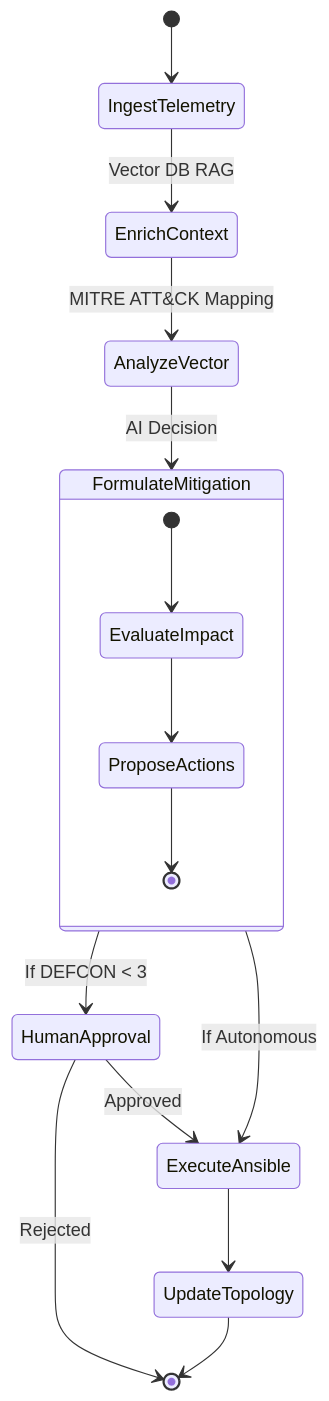
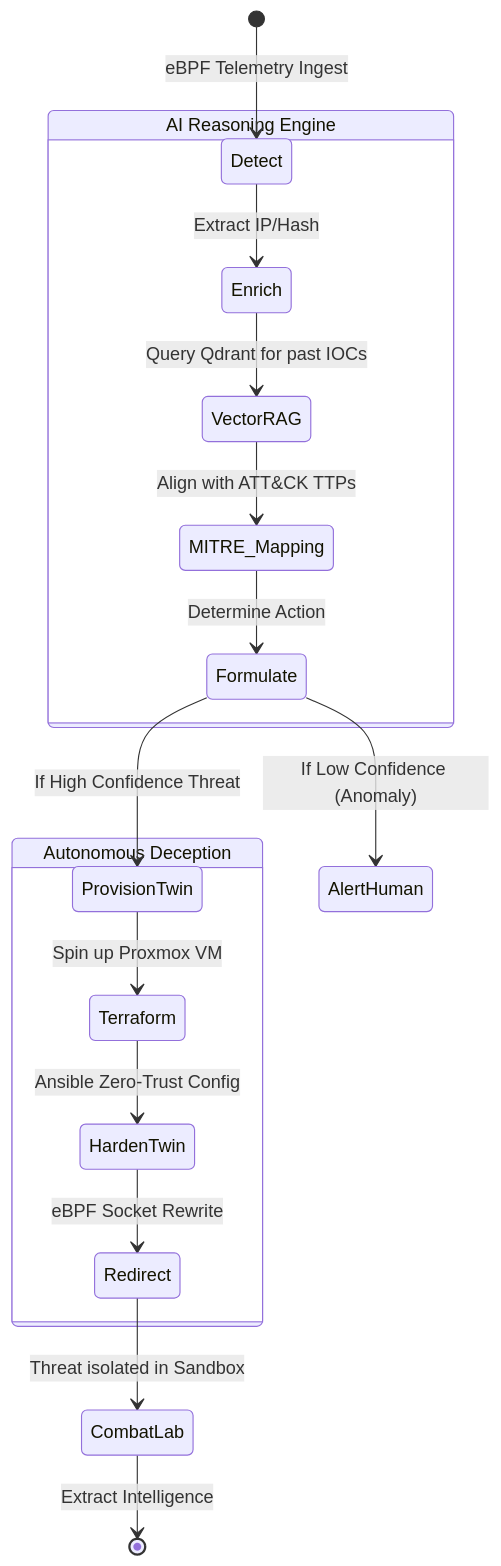
One commit to DEEPESH-845/Aetheris changed the second of 2 diagrams in README.md. Above: the diagram before and after it, drawn with Mermaid. The commit also changed other lines of this file, not shown here.

````diff
--- a/README.md
+++ b/README.md
@@ -149,22 +122,25 @@
 ```mermaid
 stateDiagram-v2
-    [*] --> IngestTelemetry
-    IngestTelemetry --> EnrichContext: Vector DB RAG
-    EnrichContext --> AnalyzeVector: MITRE ATT&CK Mapping
-    AnalyzeVector --> FormulateMitigation: AI Decision
+    direction TB
     
-    state FormulateMitigation {
-        [*] --> EvaluateImpact
-        EvaluateImpact --> ProposeActions
-        ProposeActions --> [*]
+    [*] --> Detect: eBPF Telemetry Ingest
+    
+    state "AI Reasoning Engine" as AI {
+        Detect --> Enrich: Extract IP/Hash
+        Enrich --> VectorRAG: Query Qdrant for past IOCs
+        VectorRAG --> MITRE_Mapping: Align with ATT&CK TTPs
+        MITRE_Mapping --> Formulate: Determine Action
     }
     
-    FormulateMitigation --> HumanApproval: If DEFCON < 3
-    FormulateMitigation --> ExecuteAnsible: If Autonomous
+    Formulate --> ProvisionTwin: If High Confidence Threat
+    Formulate --> AlertHuman: If Low Confidence (Anomaly)
     
-    HumanApproval --> ExecuteAnsible: Approved
-    HumanApproval --> [*]: Rejected
+    state "Autonomous Deception" as Deception {
+        ProvisionTwin --> Terraform: Spin up Proxmox VM
+        Terraform --> HardenTwin: Ansible Zero-Trust Config
+        HardenTwin --> Redirect: eBPF Socket Rewrite
+    }
     
-    ExecuteAnsible --> UpdateTopology
-    UpdateTopology --> [*]
+    Redirect --> CombatLab: Threat isolated in Sandbox
+    CombatLab --> [*]: Extract Intelligence
 ```
````
